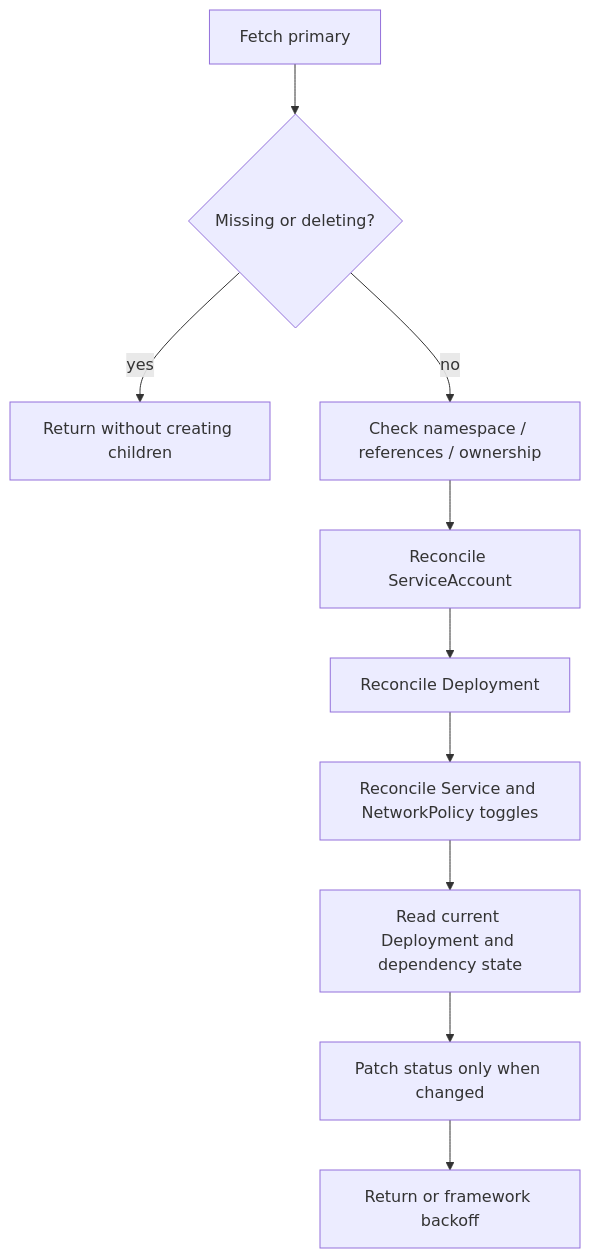
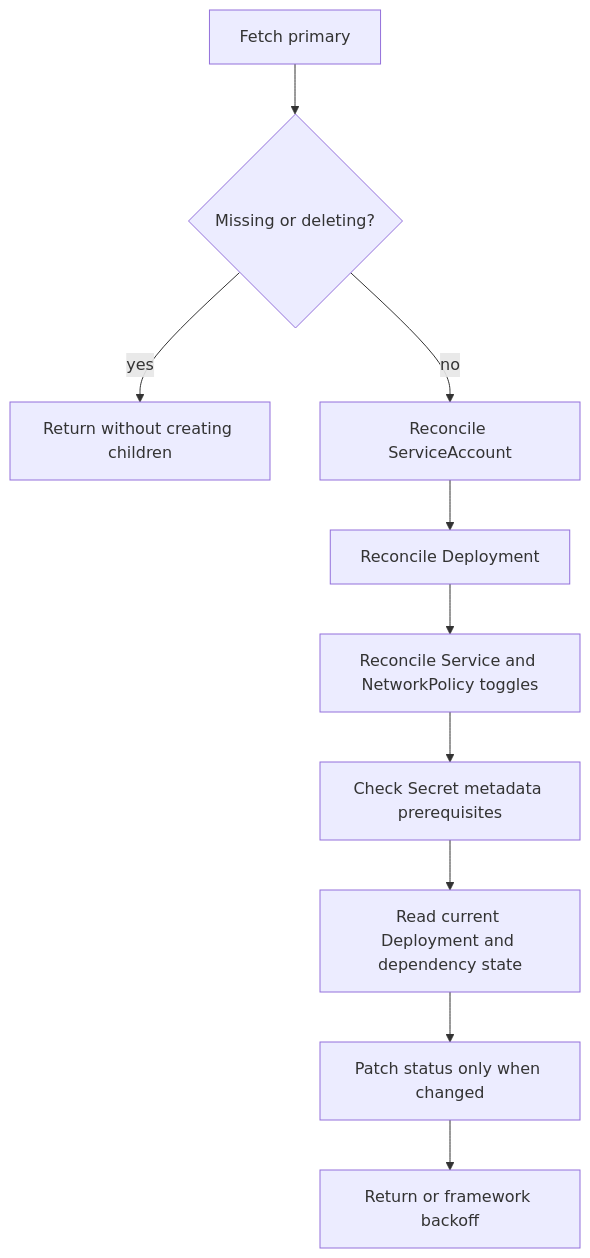
Before and after one commit to erayyilmmaz/ai-workload-control-plane: the diagram in docs/architecture.md, drawn with Mermaid. The commit also changed other lines of this file and 22 other files, not shown here.

Commit message:
feat: add workload identity and secret prerequisites

````diff
--- a/docs/architecture.md
+++ b/docs/architecture.md
@@ -70,12 +69,12 @@
 ```mermaid
 flowchart TD
   Fetch[Fetch primary] --> Guard{Missing or deleting?}
   Guard -- yes --> Stop[Return without creating children]
-  Guard -- no --> Prereq[Check namespace / references / ownership]
-  Prereq --> Identity[Reconcile ServiceAccount]
+  Guard -- no --> Identity[Reconcile ServiceAccount]
   Identity --> Deployment[Reconcile Deployment]
   Deployment --> Optional[Reconcile Service and NetworkPolicy toggles]
-  Optional --> Observe[Read current Deployment and dependency state]
+  Optional --> Prereq[Check Secret metadata prerequisites]
+  Prereq --> Observe[Read current Deployment and dependency state]
   Observe --> Status[Patch status only when changed]
   Status --> Return[Return or framework backoff]
 ```
````
